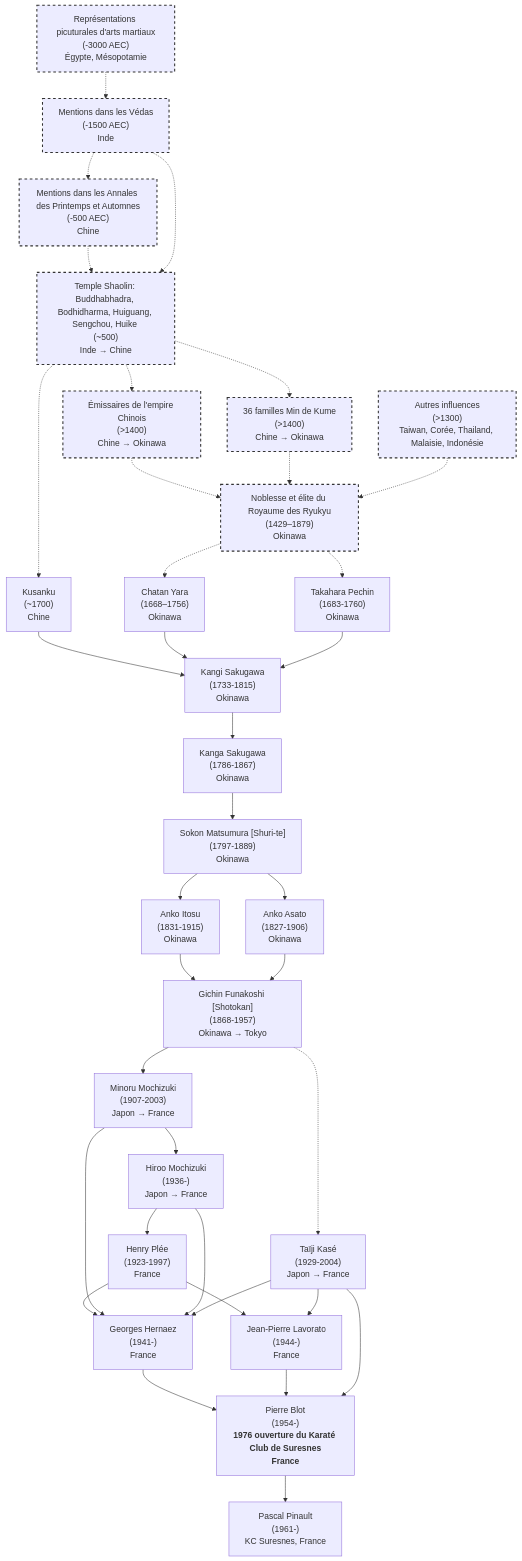
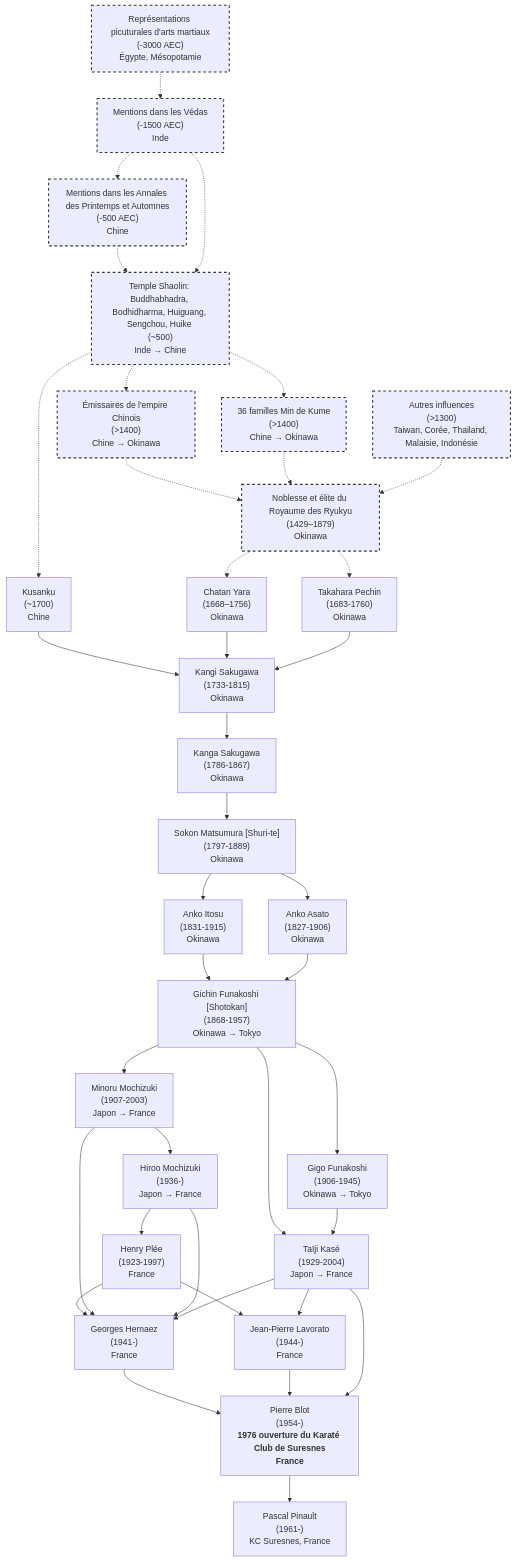
One commit to NicolasPA/kcsuresnes changed the diagram in pages/lignee.md. Above: the diagram before and after it, drawn with Mermaid.

Commit message:
Add Gigo Funakoshi to lineage diagram

````diff
--- a/pages/lignee.md
+++ b/pages/lignee.md
@@ -3,49 +3,51 @@
 ```mermaid
 graph TD
     A01["Représentations picuturales d'arts martiaux<br/>(-3000 AEC)<br/>Égypte, Mésopotamie"]
     -.-> A02["Mentions dans les Védas<br/>(-1500 AEC)<br/>Inde"]
     -.-> A03["Mentions dans les Annales des Printemps et Automnes<br/>(-500 AEC)<br/>Chine"]
     -.-> A04["Temple Shaolin: Buddhabhadra, Bodhidharma, Huiguang, Sengchou, Huike <br/>(~500)<br/>Inde → Chine"]
     A02 -.-> A04
 
     -.-> A05["36 familles Min de Kume<br/>(>1400)<br/>Chine → Okinawa"]
     A04 -.-> A06["Émissaires de l'empire Chinois<br/>(>1400)<br/>Chine → Okinawa"]
     -.-> A07["Noblesse et élite du Royaume des Ryukyu<br/>(1429–1879)<br/>Okinawa"]
     A05 -.-> A07
     A08["Autres influences<br/>(>1300)<br/>Taiwan, Corée, Thailand, Malaisie, Indonésie"]
     A08 -.-> A07
 
     A04 -.-> A1["Kusanku<br/>(~1700)<br/>Chine"]
     A2["Chatan Yara<br/>(1668–1756)<br/>Okinawa"]
     A07 -.-> A2
     A3["Takahara Pechin<br/>(1683-1760)<br/>Okinawa"]
     A07 -.-> A3
     B1["Kangi Sakugawa<br/>(1733-1815)<br/>Okinawa"]
     A1 --> B1
     A2 --> B1
     A3 --> B1
     --> B2["Kanga Sakugawa<br/>(1786-1867)<br/>Okinawa"]
     --> C["Sokon Matsumura [Shuri-te]<br/>(1797-1889)<br/>Okinawa"]
     --> D["Anko Itosu<br/>(1831-1915)<br/>Okinawa"]
     C --> E["Anko Asato<br/>(1827-1906)<br/>Okinawa"]
     D --> F["Gichin Funakoshi [Shotokan]<br/>(1868-1957)<br/>Okinawa → Tokyo"]
+    --> F2["Gigo Funakoshi<br/>(1906-1945)<br/>Okinawa → Tokyo"]
     E --> F
     --> G["Minoru Mochizuki<br/>(1907-2003)<br/>Japon → France"]
     --> H["Hiroo Mochizuki<br/>(1936-)<br/>Japon → France"]
     --> I["Henry Plée<br/>(1923-1997)<br/>France"]
     J["Taïji Kasé<br/>(1929-2004)<br/>Japon → France"]
-    F -.-> J
+    F --> J
+    F2 --> J
     I --> K["Jean-Pierre Lavorato<br/>(1944-)<br/>France"]
     J --> K
     I --> L["Georges Hernaez<br/>(1941-)<br/>France"]
     G --> L
     H --> L
     J --> L
     L --> M["Pierre Blot<br/>(1954-)<br/><b>1976 ouverture du Karaté Club de Suresnes<b/><br/>France"]
     K --> M
     J --> M
     M --> N["Pascal Pinault<br/>(1961-)<br/>KC Suresnes, France"]
     
     classDef dottedStyle stroke:#333,stroke-dasharray: 5 5,stroke-width:2px
     class A01,A02,A03,A04,A05,A06,A07,A08 dottedStyle
 ```
````
